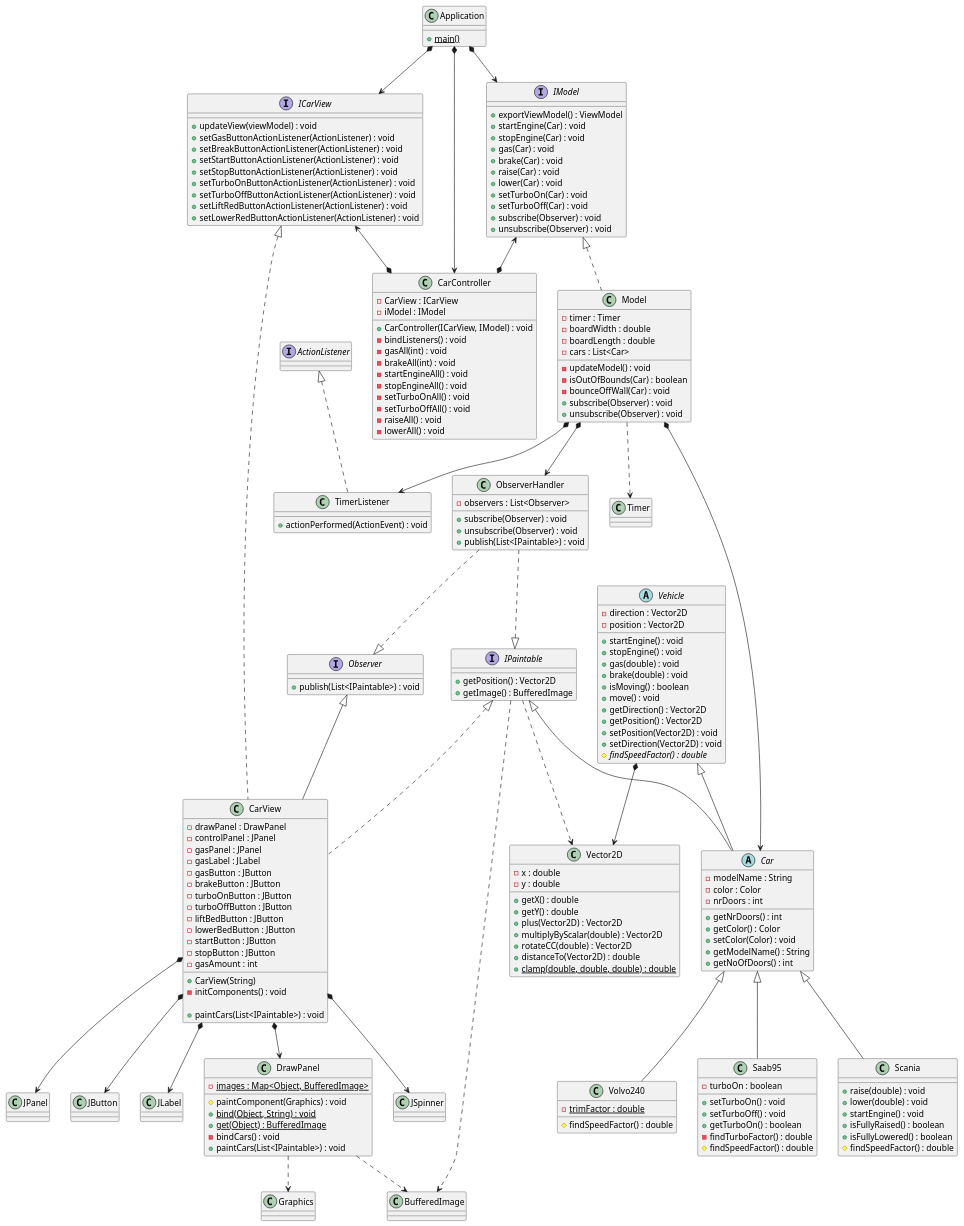
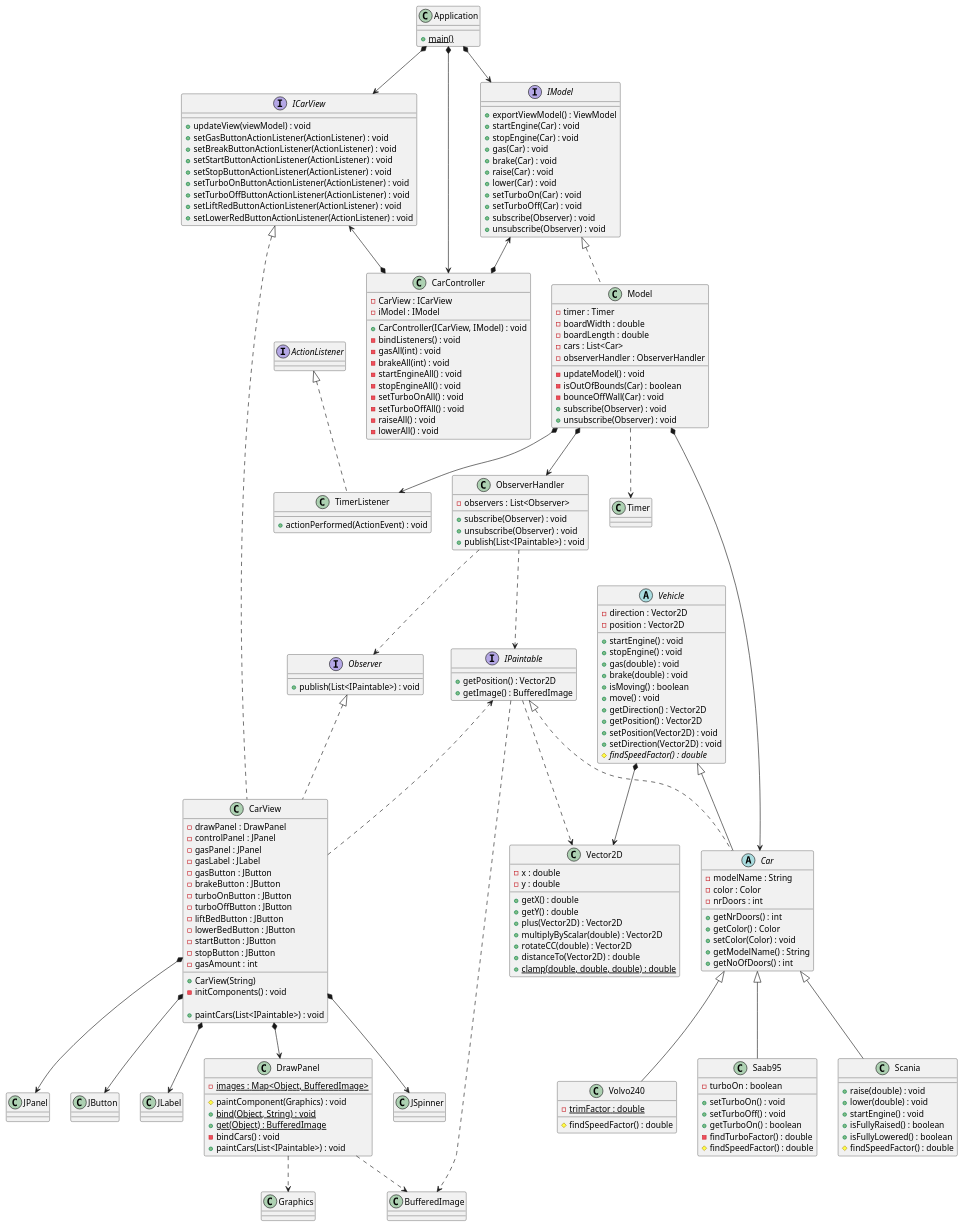
Before and after one commit to Yogaledare/dit953-lab2: the diagram in src/Uppg4-edit.puml, drawn with PlantUML.

Commit message:
ändrade lite pilar i uml

```diff
--- a/src/Uppg4-edit.puml
+++ b/src/Uppg4-edit.puml
@@ -29,7 +29,8 @@
 -timer : Timer
 -boardWidth : double
 -boardLength : double
--cars : List<Car> 
+-cars : List<Car>
+-observerHandler : ObserverHandler
 -updateModel() : void
 -isOutOfBounds(Car) : boolean
 -bounceOffWall(Car) : void
@@ -207,8 +208,8 @@
 Car <|-- Saab95
 Car <|-- Scania
 
-IPaintable <|-- Car
-IPaintable <|.. CarView
+IPaintable <|.. Car
+IPaintable <.. CarView
 IPaintable ...> BufferedImage
 
 DrawPanel ..> BufferedImage
@@ -232,12 +233,12 @@
 + publish(List<IPaintable>) : void
 }
 
-Observer <|-- CarView
+Observer <|.. CarView
 Model *--> ObserverHandler
 
 
-ObserverHandler ..|> Observer
-ObserverHandler ..|> IPaintable
+ObserverHandler ..> Observer
+ObserverHandler ..> IPaintable
 
 
 
```
